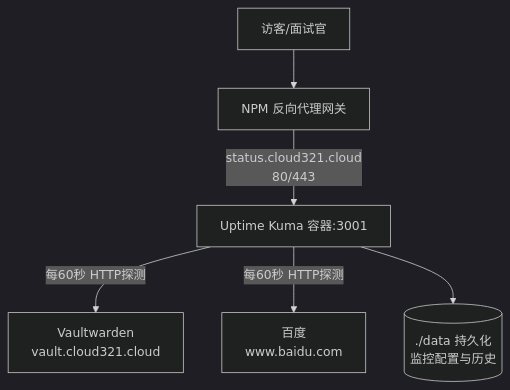
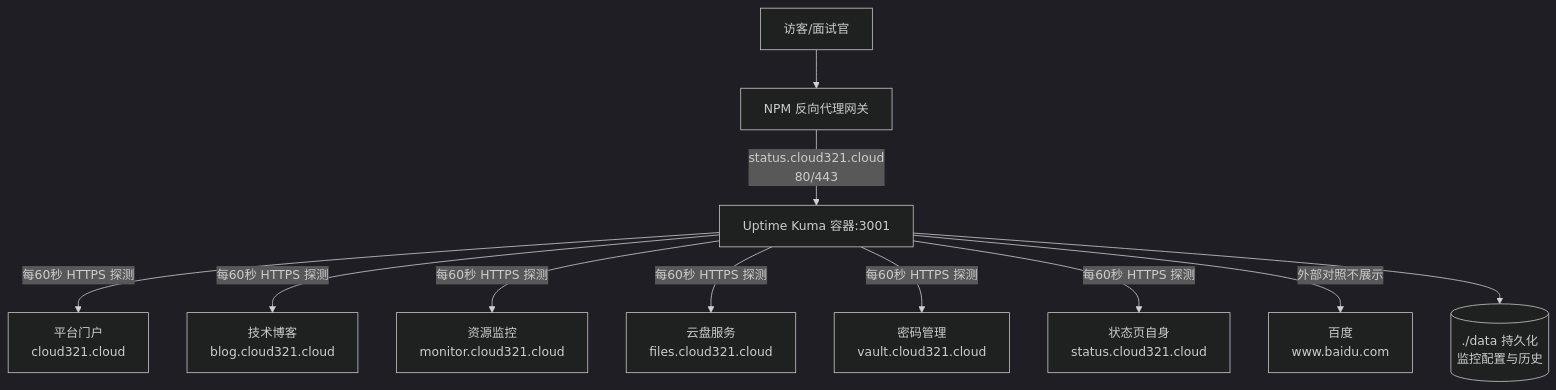
One commit to 10code2/MyCloud-Vault changed the first of 2 diagrams in 06 Uptime Kuma服务状态监控.md. Above: the diagram before and after it, drawn with Mermaid (dark theme). The commit also changed other lines of this file and 1 other file, not shown here.

Commit message:
06/12 笔记同步: Uptime Kuma 状态页扩展6子域名 + portal files标私有 + monitor/ForceSSL已完成

````diff
--- a/06 Uptime Kuma服务状态监控.md
+++ b/06 Uptime Kuma服务状态监控.md
@@ -20,8 +22,13 @@
 ```mermaid
 flowchart TD
     V[访客/面试官] --> NPM[NPM 反向代理网关]
     NPM -->|status.cloud321.cloud<br/>80/443| Kuma[Uptime Kuma 容器:3001]
-    Kuma -->|每60秒 HTTP探测| Vault[Vaultwarden<br/>vault.cloud321.cloud]
-    Kuma -->|每60秒 HTTP探测| Baidu[百度<br/>www.baidu.com]
+    Kuma -->|每60秒 HTTPS 探测| Portal[平台门户<br/>cloud321.cloud]
+    Kuma -->|每60秒 HTTPS 探测| Blog[技术博客<br/>blog.cloud321.cloud]
+    Kuma -->|每60秒 HTTPS 探测| Monitor[资源监控<br/>monitor.cloud321.cloud]
+    Kuma -->|每60秒 HTTPS 探测| Files[云盘服务<br/>files.cloud321.cloud]
+    Kuma -->|每60秒 HTTPS 探测| Vault[密码管理<br/>vault.cloud321.cloud]
+    Kuma -->|每60秒 HTTPS 探测| Status[状态页自身<br/>status.cloud321.cloud]
+    Kuma -->|外部对照不展示| Baidu[百度<br/>www.baidu.com]
     Kuma --> Data[("./data 持久化<br/>监控配置与历史")]
 ```
````
